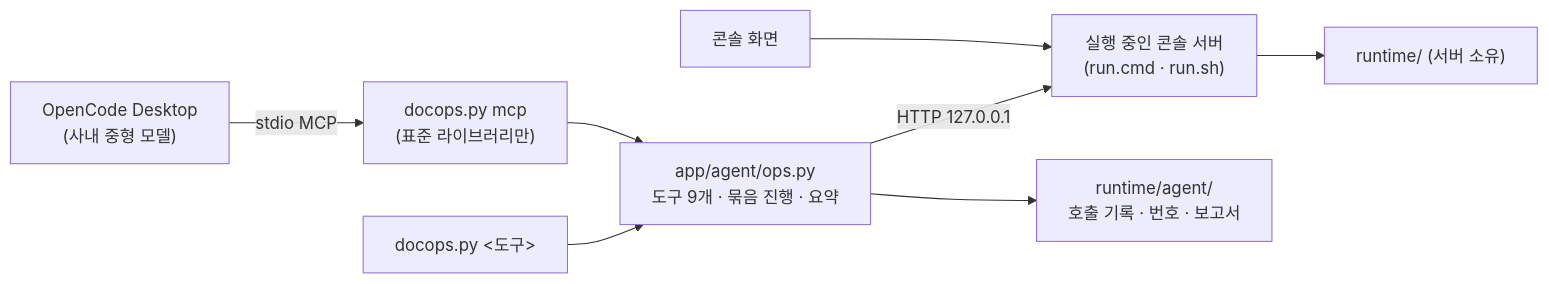
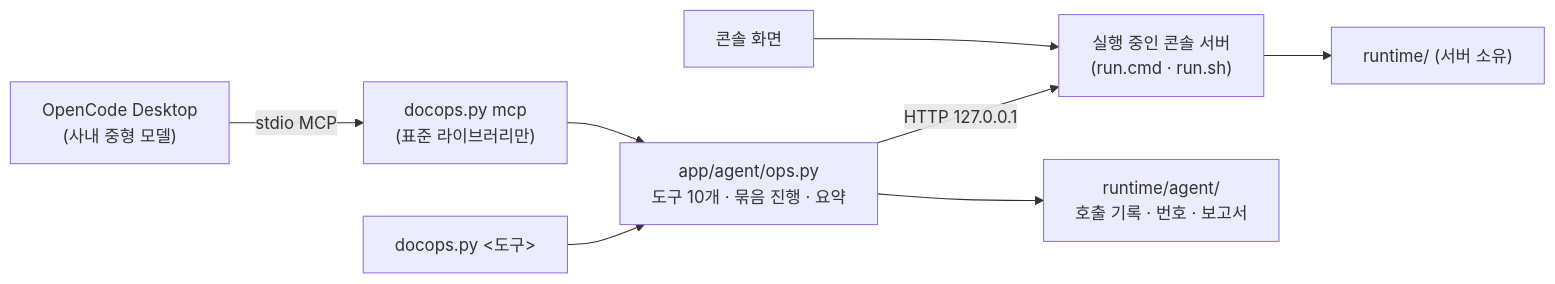
One commit to SeoJHeasdw/unstructured-parser-control-plane changed the diagram in docs/AGENT_TOOLS.md. Above: the diagram before and after it, drawn with Mermaid. The commit also changed other lines of this file and 16 other files, not shown here.

````diff
--- a/docs/AGENT_TOOLS.md
+++ b/docs/AGENT_TOOLS.md
@@ -17,10 +17,10 @@
 ```mermaid
 flowchart LR
     OC["OpenCode Desktop\n(사내 중형 모델)"] -->|"stdio MCP"| MCP["docops.py mcp\n(표준 라이브러리만)"]
     CLI["docops.py <도구>"] --> OPS
-    MCP --> OPS["app/agent/ops.py\n도구 9개 · 묶음 진행 · 요약"]
+    MCP --> OPS["app/agent/ops.py\n도구 10개 · 묶음 진행 · 요약"]
     OPS -->|"HTTP 127.0.0.1"| API["실행 중인 콘솔 서버\n(run.cmd · run.sh)"]
     OPS --> ST["runtime/agent/\n호출 기록 · 번호 · 보고서"]
     API --> RT["runtime/ (서버 소유)"]
     UI["콘솔 화면"] --> API
 ```
````
